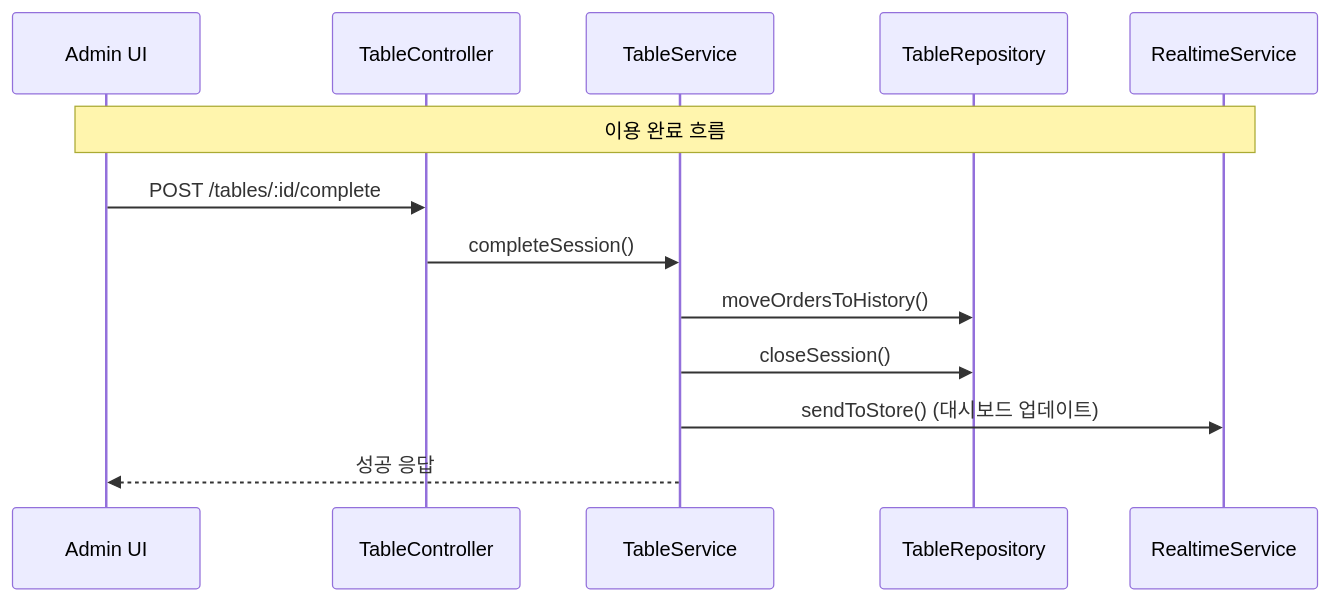
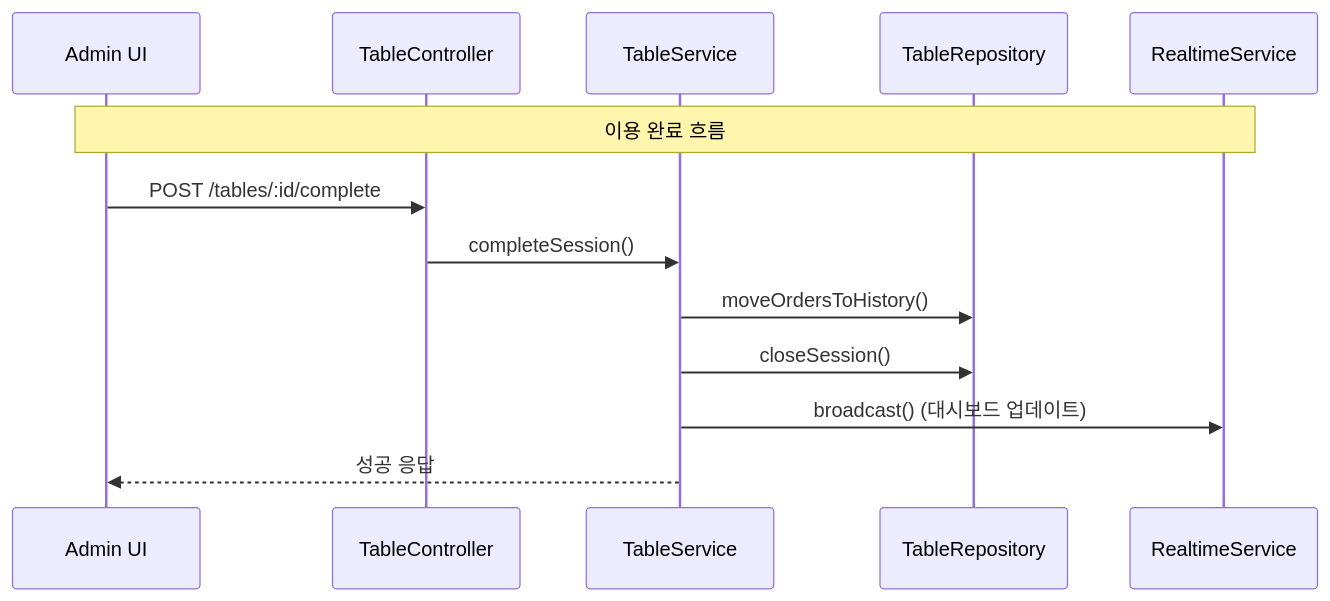
Before and after one commit to createmain/aidlc: the third of 4 diagrams in aidlc-docs/inception/application-design/component-dependency.md, drawn with Mermaid. The commit also changed other lines of this file and 13 other files, not shown here.

````diff
--- a/aidlc-docs/inception/application-design/component-dependency.md
+++ b/aidlc-docs/inception/application-design/component-dependency.md
@@ -73,16 +73,16 @@
 ```mermaid
 sequenceDiagram
     participant AUI as Admin UI
     participant TC as TableController
     participant TS as TableService
     participant TR as TableRepository
     participant RT as RealtimeService
 
     Note over AUI, RT: 이용 완료 흐름
     AUI->>TC: POST /tables/:id/complete
     TC->>TS: completeSession()
     TS->>TR: moveOrdersToHistory()
     TS->>TR: closeSession()
-    TS->>RT: sendToStore() (대시보드 업데이트)
+    TS->>RT: broadcast() (대시보드 업데이트)
     TS-->>AUI: 성공 응답
 ```
````
